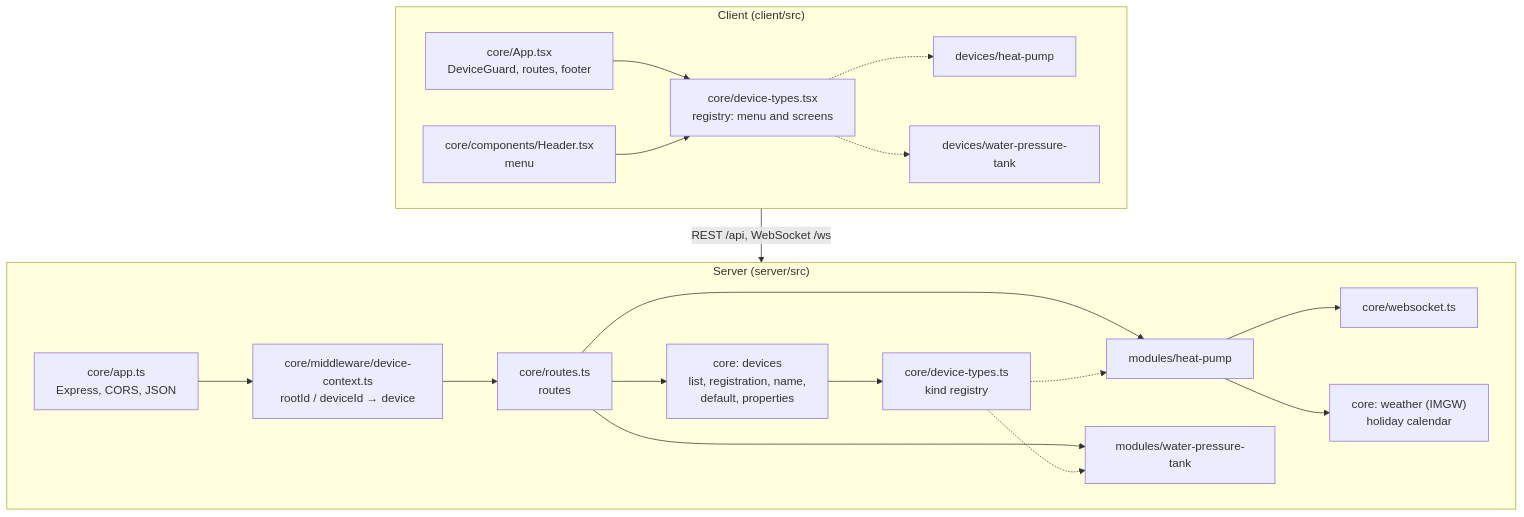
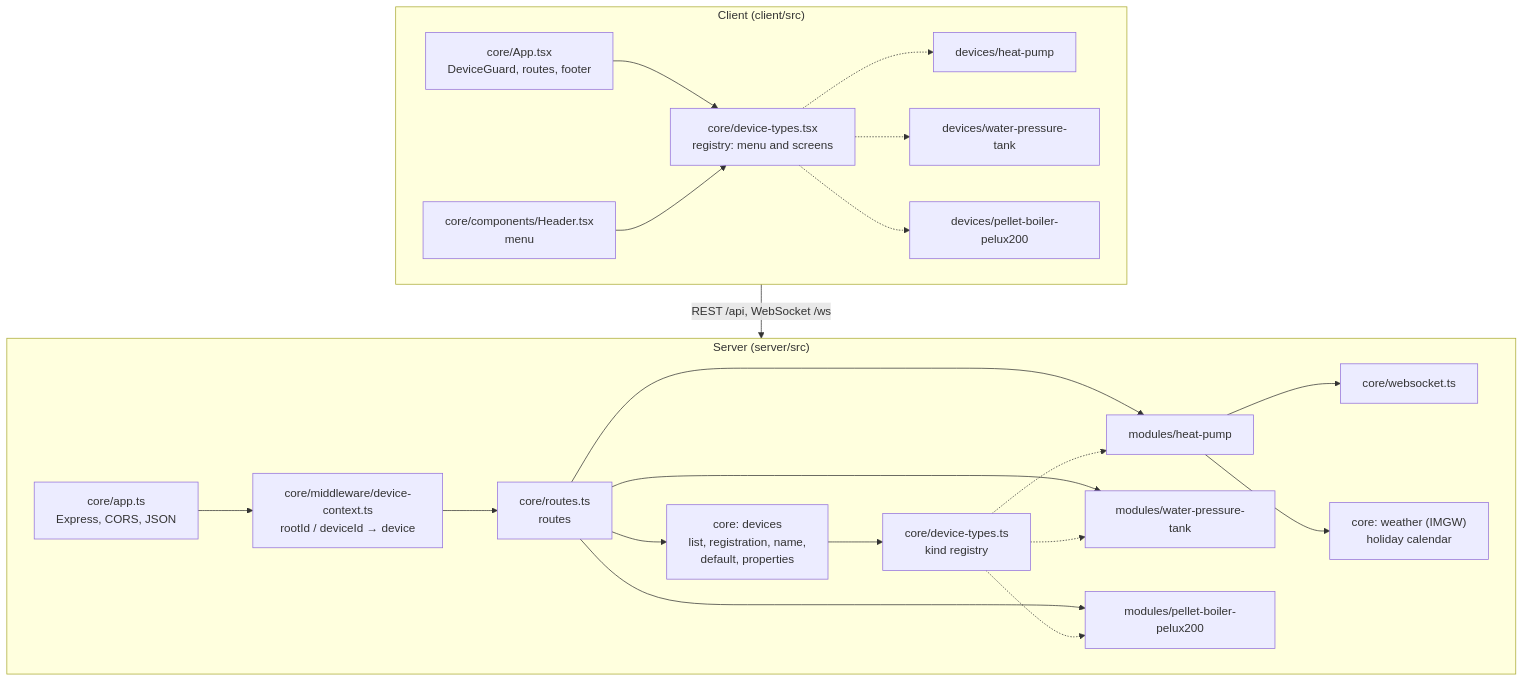
The first of 6 diagrams in docs/en/moduly/core/2-how-it-works.md (robertorlowski/chpc-web), drawn with Mermaid before and after one commit. The commit also changed other lines of this file and 78 other files, not shown here.

````diff
--- a/docs/en/moduly/core/2-how-it-works.md
+++ b/docs/en/moduly/core/2-how-it-works.md
@@ -9,35 +9,40 @@
 ```mermaid
 flowchart TB
     subgraph Server["Server (server/src)"]
         APP["core/app.ts<br/>Express, CORS, JSON"]
         CTX["core/middleware/device-context.ts<br/>rootId / deviceId → device"]
         RT["core/routes.ts<br/>routes"]
         DEV["core: devices<br/>list, registration, name,<br/>default, properties"]
         REG["core/device-types.ts<br/>kind registry"]
         HPM["modules/heat-pump"]
         WPT["modules/water-pressure-tank"]
+        PBM["modules/pellet-boiler-pelux200"]
         WS["core/websocket.ts"]
         MET["core: weather (IMGW)<br/>holiday calendar"]
         APP --> CTX --> RT
         RT --> DEV
         RT --> HPM
         RT --> WPT
+        RT --> PBM
         DEV --> REG
         REG -.-> HPM
         REG -.-> WPT
+        REG -.-> PBM
         HPM --> WS
         HPM --> MET
     end
     subgraph Client["Client (client/src)"]
         CAPP["core/App.tsx<br/>DeviceGuard, routes, footer"]
         CREG["core/device-types.tsx<br/>registry: menu and screens"]
         HDR["core/components/Header.tsx<br/>menu"]
         CHP["devices/heat-pump"]
         CWP["devices/water-pressure-tank"]
+        CPB["devices/pellet-boiler-pelux200"]
         CAPP --> CREG
         HDR --> CREG
         CREG -.-> CHP
         CREG -.-> CWP
+        CREG -.-> CPB
     end
     Client -- "REST /api, WebSocket /ws" --> Server
 ```
````
